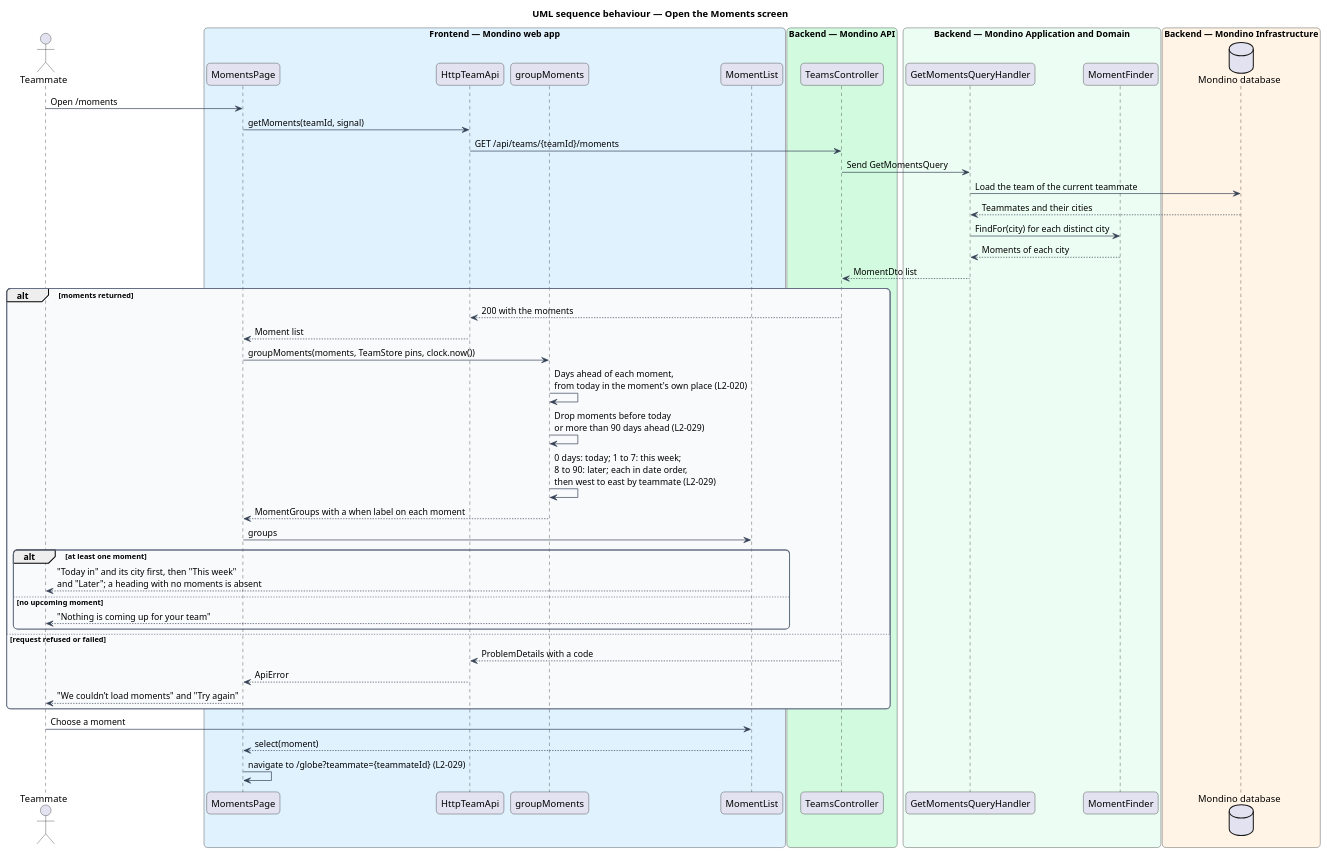
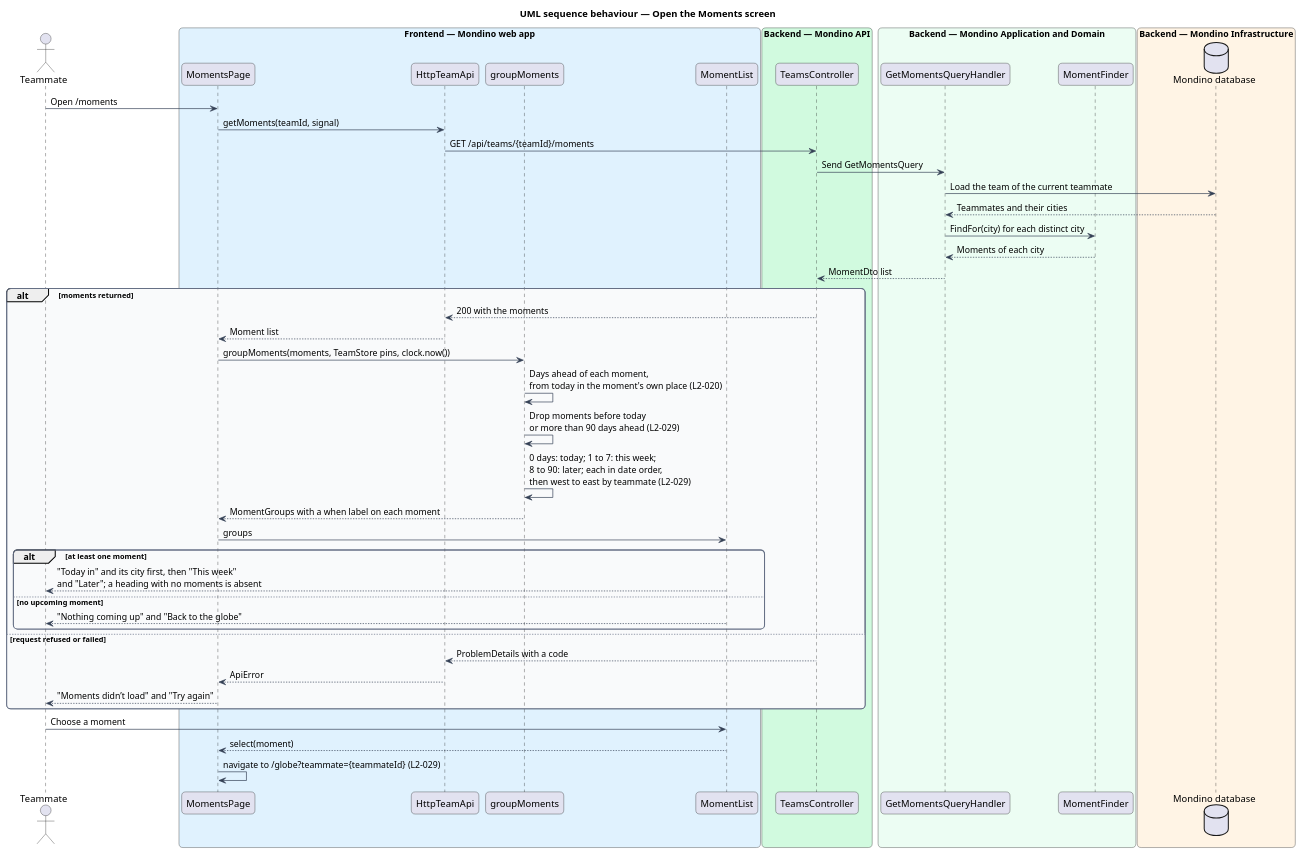
One commit to QuinntyneBrown/Mondino changed the diagram in docs/detailed-designs/moments/list-moments/diagrams/sequence-open-moments.puml. Above: the diagram before and after it, drawn with PlantUML. The commit also changed 91 other files, not shown here.

```diff
--- a/docs/detailed-designs/moments/list-moments/diagrams/sequence-open-moments.puml
+++ b/docs/detailed-designs/moments/list-moments/diagrams/sequence-open-moments.puml
@@ -1,66 +1,66 @@
 @startuml
 title UML sequence behaviour — Open the Moments screen
 skinparam backgroundColor #FFFFFF
 skinparam shadowing false
 skinparam roundcorner 12
 skinparam defaultFontName Arial
 skinparam ArrowColor #344054
 skinparam rectangle {
   BorderColor #344054
   FontColor #101828
 }
 skinparam package {
   BorderColor #667085
   FontColor #101828
   BackgroundColor #F9FAFB
 }
 actor "Teammate" as actor
 box "Frontend — Mondino web app" #E0F2FE
   participant "MomentsPage" as page
   participant "HttpTeamApi" as client
   participant "groupMoments" as group
   participant "MomentList" as list
 end box
 box "Backend — Mondino API" #D1FADF
   participant "TeamsController" as controller
 end box
 box "Backend — Mondino Application and Domain" #ECFDF3
   participant "GetMomentsQueryHandler" as handler
   participant "MomentFinder" as finder
 end box
 box "Backend — Mondino Infrastructure" #FFF4E5
   database "Mondino database" as db
 end box
 
 actor -> page : Open /moments
 page -> client : getMoments(teamId, signal)
 client -> controller : GET /api/teams/{teamId}/moments
 controller -> handler : Send GetMomentsQuery
 handler -> db : Load the team of the current teammate
 db --> handler : Teammates and their cities
 handler -> finder : FindFor(city) for each distinct city
 finder --> handler : Moments of each city
 handler --> controller : MomentDto list
 alt moments returned
   controller --> client : 200 with the moments
   client --> page : Moment list
   page -> group : groupMoments(moments, TeamStore pins, clock.now())
   group -> group : Days ahead of each moment,\nfrom today in the moment's own place (L2-020)
   group -> group : Drop moments before today\nor more than 90 days ahead (L2-029)
   group -> group : 0 days: today; 1 to 7: this week;\n8 to 90: later; each in date order,\nthen west to east by teammate (L2-029)
   group --> page : MomentGroups with a when label on each moment
   page -> list : groups
   alt at least one moment
     list --> actor : "Today in" and its city first, then "This week"\nand "Later"; a heading with no moments is absent
   else no upcoming moment
-    list --> actor : "Nothing is coming up for your team"
+    list --> actor : "Nothing coming up" and "Back to the globe"
   end
 else request refused or failed
   controller --> client : ProblemDetails with a code
   client --> page : ApiError
-  page --> actor : "We couldn’t load moments" and "Try again"
+  page --> actor : "Moments didn’t load" and "Try again"
 end
 actor -> list : Choose a moment
 list --> page : select(moment)
 page -> page : navigate to /globe?teammate={teammateId} (L2-029)
 @enduml
```
